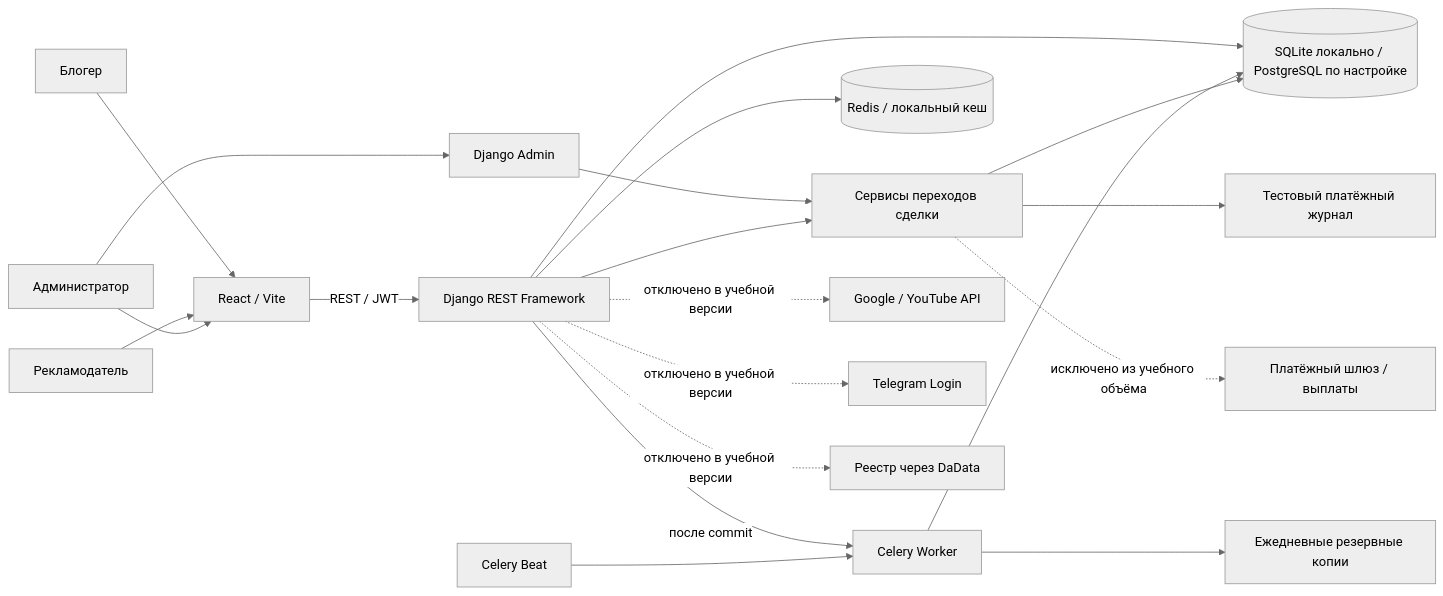
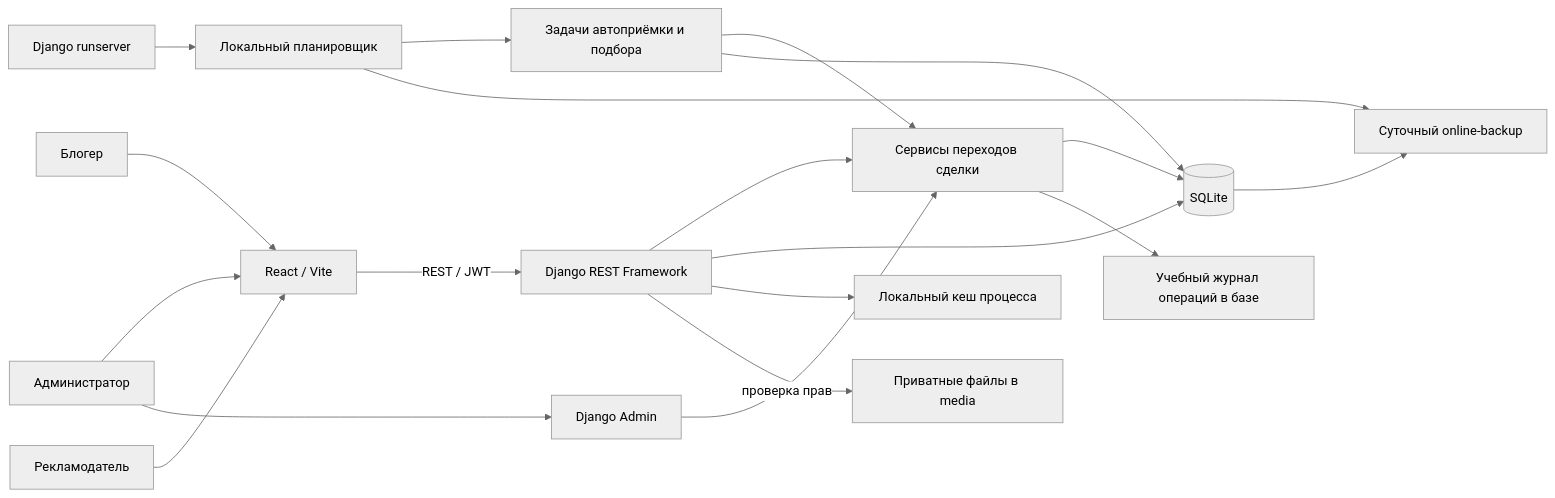
One commit to Shohyor772/AdvertiserAdd changed the first of 5 diagrams in docs/architecture.md. Above: the diagram before and after it, drawn with Mermaid (neutral theme). The commit also changed other lines of this file and 9 other files, not shown here.

````diff
--- a/docs/architecture.md
+++ b/docs/architecture.md
@@ -9,22 +9,21 @@
 ```mermaid
 flowchart LR
     B[Блогер] --> UI[React / Vite]
     A[Рекламодатель] --> UI
     M[Администратор] --> UI
     M --> ADM[Django Admin]
     UI -->|REST / JWT| API[Django REST Framework]
     ADM --> S[Сервисы переходов сделки]
     API --> S
-    API --> DB[(SQLite локально / PostgreSQL по настройке)]
+    API --> DB[(SQLite)]
     S --> DB
-    API --> CACHE[(Redis / локальный кеш)]
-    API -->|после commit| WORKER[Celery Worker]
-    BEAT[Celery Beat] --> WORKER
-    WORKER --> DB
-    WORKER --> BACKUP[Ежедневные резервные копии]
-    API -. отключено в учебной версии .-> GOOGLE[Google / YouTube API]
-    API -. отключено в учебной версии .-> TG[Telegram Login]
-    API -. отключено в учебной версии .-> INN[Реестр через DaData]
-    S --> TEST[Тестовый платёжный журнал]
-    S -. исключено из учебного объёма .-> PAY[Платёжный шлюз / выплаты]
+    API --> CACHE[Локальный кеш процесса]
+    API -->|проверка прав| FILES[Приватные файлы в media]
+    SERVER[Django runserver] --> LOCAL[Локальный планировщик]
+    LOCAL --> TASKS[Задачи автоприёмки и подбора]
+    TASKS --> S
+    TASKS --> DB
+    LOCAL --> BACKUP[Суточный online-backup]
+    DB --> BACKUP
+    S --> TEST[Учебный журнал операций в базе]
 ```
````
